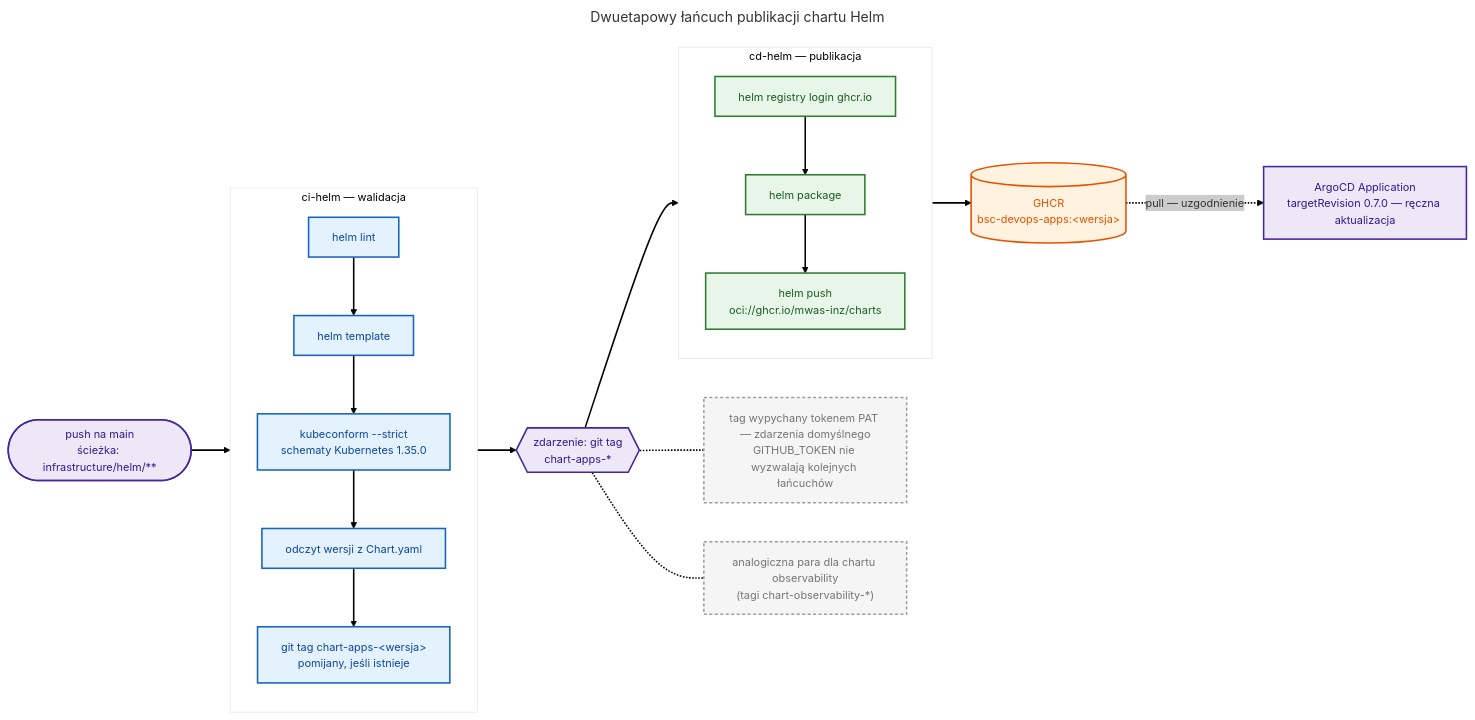
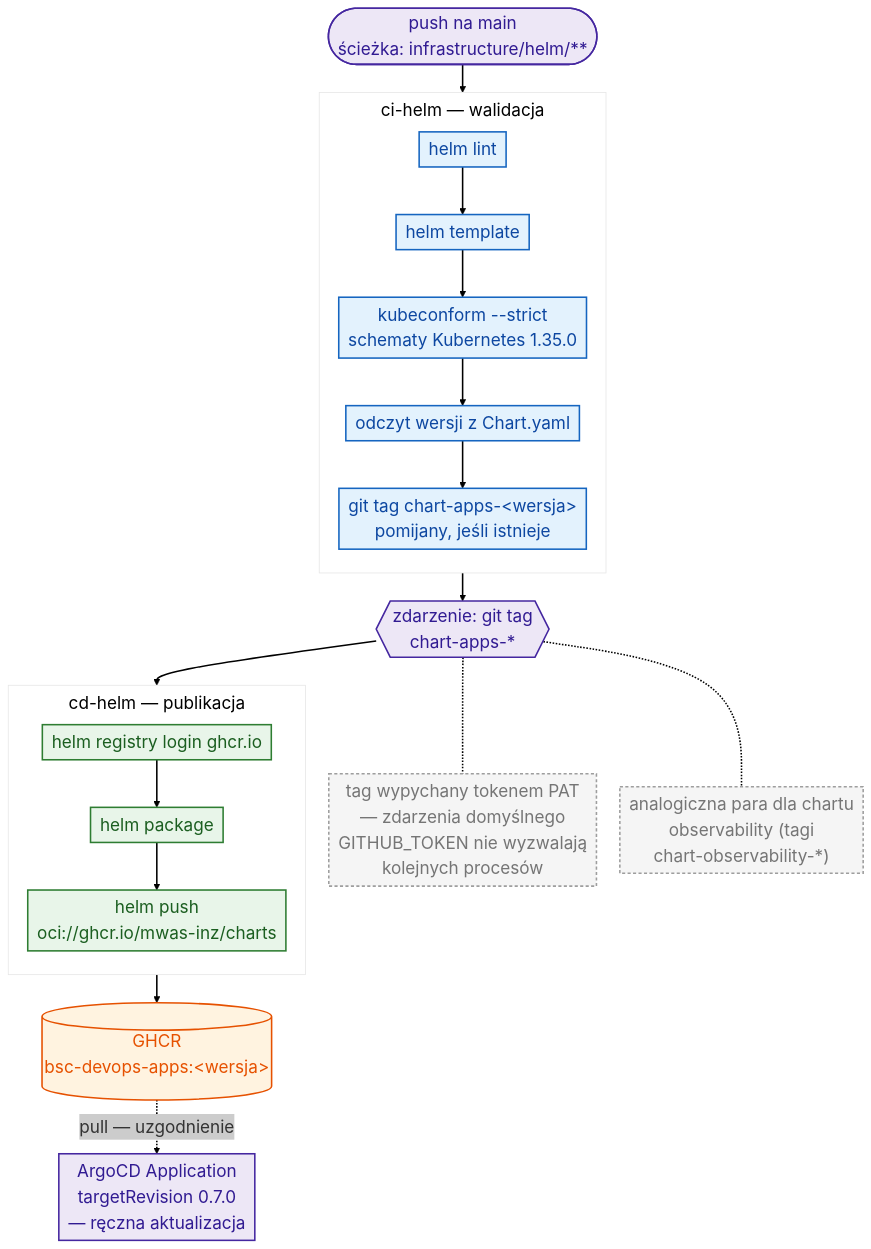
One commit to mwas-inz/bsc-devops changed the diagram in docs/diagrams/06-release/release-01-flow-chart-release.mmd. Above: the diagram before and after it, drawn with Mermaid. The commit also changed 51 other files, not shown here.

First line of the commit message:
docs(diagrams): rework Mermaid diagrams for print legibility

```diff
--- a/docs/diagrams/06-release/release-01-flow-chart-release.mmd
+++ b/docs/diagrams/06-release/release-01-flow-chart-release.mmd
@@ -1,50 +1,61 @@
 ---
-title: Dwuetapowy łańcuch publikacji chartu Helm
 config:
   theme: neo
+  themeVariables:
+    fontSize: 22px
+  flowchart:
+    nodeSpacing: 30
+    rankSpacing: 36
+    padding: 6
+    subGraphTitleMargin:
+      top: 6
+      bottom: 14
+    diagramPadding: 8
+    wrappingWidth: 600
 ---
-flowchart LR
+%% Dwuetapowy proces publikacji chartu Helm
+flowchart TB
     push(["push na main<br/>ścieżka: infrastructure/helm/**"])
 
     subgraph ci["ci-helm — walidacja"]
         direction TB
         lint["helm lint"] --> tmpl["helm template"]
         tmpl --> kc["kubeconform --strict<br/>schematy Kubernetes 1.35.0"]
         kc --> ver["odczyt wersji z Chart.yaml"]
         ver --> mktag["git tag chart-apps-&lt;wersja&gt;<br/>pomijany, jeśli istnieje"]
     end
 
     tagev{{"zdarzenie: git tag<br/>chart-apps-*"}}
-    pat["tag wypychany tokenem PAT — zdarzenia domyślnego<br/>GITHUB_TOKEN nie wyzwalają kolejnych łańcuchów"]
-    obs["analogiczna para dla chartu observability<br/>(tagi chart-observability-*)"]
+    pat["tag wypychany tokenem PAT<br/>— zdarzenia domyślnego<br/>GITHUB_TOKEN nie wyzwalają<br/>kolejnych procesów"]
+    obs["analogiczna para dla chartu<br/>observability (tagi<br/>chart-observability-*)"]
 
     subgraph cd["cd-helm — publikacja"]
         direction TB
         login["helm registry login ghcr.io"] --> pkg["helm package"]
         pkg --> pushc["helm push<br/>oci://ghcr.io/mwas-inz/charts"]
     end
 
     ghcr[("GHCR<br/>bsc-devops-apps:&lt;wersja&gt;")]
-    argo["ArgoCD Application<br/>targetRevision 0.7.0 — ręczna aktualizacja"]
+    argo["ArgoCD Application<br/>targetRevision 0.7.0<br/>— ręczna aktualizacja"]
 
     push --> ci
     ci --> tagev
     tagev -.- pat
     tagev -.- obs
     tagev --> cd
     cd --> ghcr
     ghcr -.->|"pull — uzgodnienie"| argo
 
     classDef ev fill:#ede7f6,stroke:#4527a0,color:#311b92;
     classDef step fill:#e3f2fd,stroke:#1565c0,color:#0d47a1;
     classDef pub fill:#e8f5e9,stroke:#2e7d32,color:#1b5e20;
     classDef art fill:#fff3e0,stroke:#e65100,color:#e65100;
     classDef gitops fill:#ede7f6,stroke:#4527a0,color:#311b92;
     classDef ghost fill:#f5f5f5,stroke:#9e9e9e,color:#757575,stroke-dasharray: 4 3;
 
     class push,tagev ev;
     class lint,tmpl,kc,ver,mktag step;
     class login,pkg,pushc pub;
     class ghcr art;
     class argo gitops;
     class pat,obs ghost;
```
